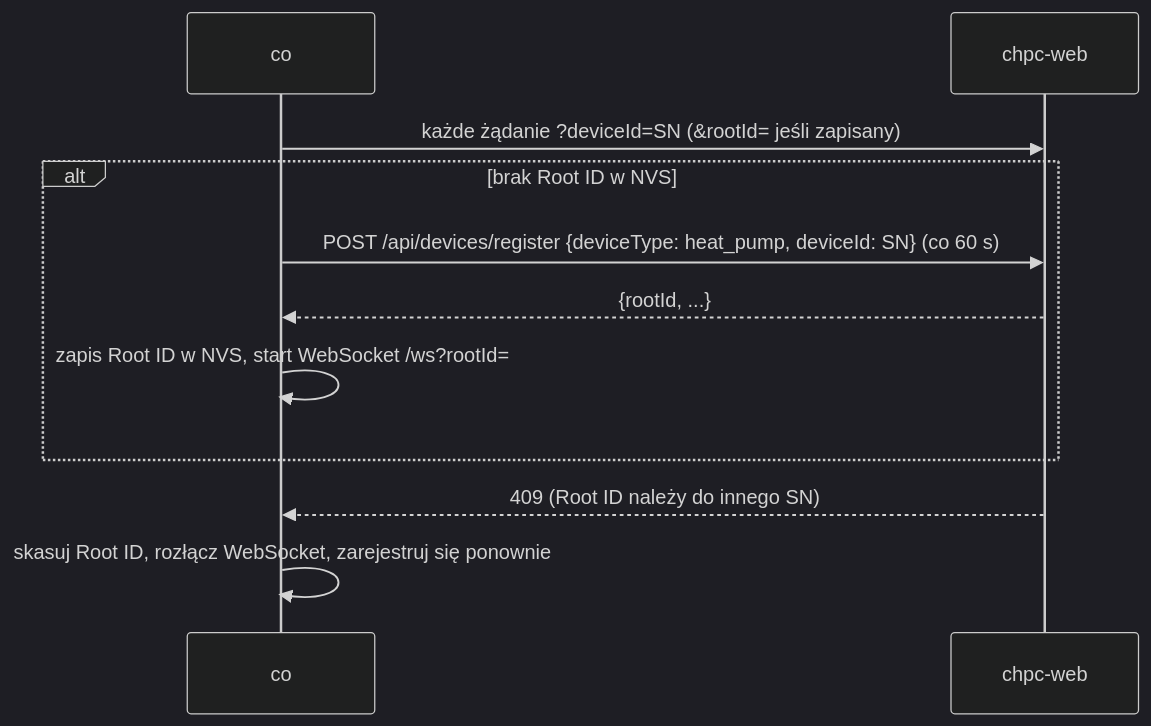
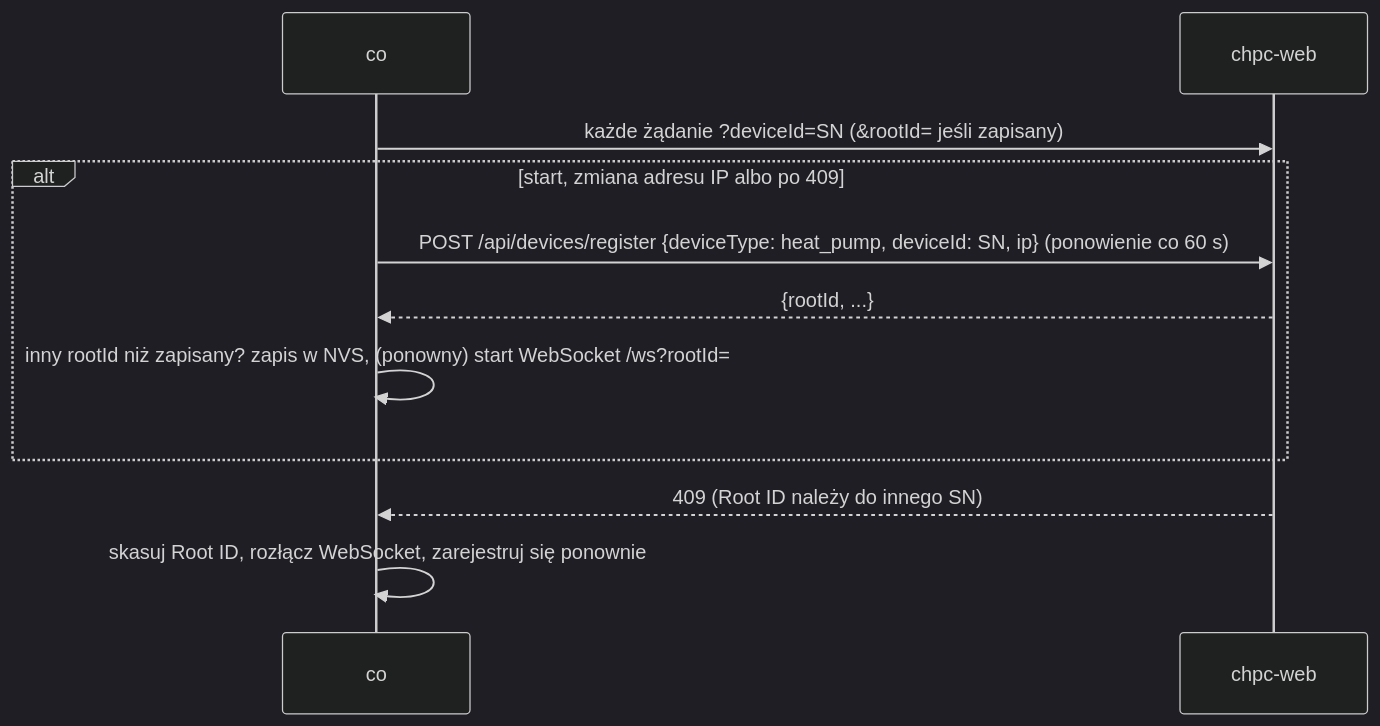
The sixth of 6 diagrams in devices/co/docs/2-zasada-dzialania.md (robertorlowski/chpc-web), drawn with Mermaid (dark theme) before and after one commit. The commit also changed other lines of this file and 30 other files, not shown here.

````diff
--- a/devices/co/docs/2-zasada-dzialania.md
+++ b/devices/co/docs/2-zasada-dzialania.md
@@ -137,13 +137,13 @@
 ```mermaid
 sequenceDiagram
     participant C as co
     participant S as chpc-web
     C->>S: każde żądanie ?deviceId=SN (&rootId= jeśli zapisany)
-    alt brak Root ID w NVS
-        C->>S: POST /api/devices/register {deviceType: heat_pump, deviceId: SN} (co 60 s)
+    alt start, zmiana adresu IP albo po 409
+        C->>S: POST /api/devices/register {deviceType: heat_pump, deviceId: SN, ip} (ponowienie co 60 s)
         S-->>C: {rootId, ...}
-        C->>C: zapis Root ID w NVS, start WebSocket /ws?rootId=
+        C->>C: inny rootId niż zapisany? zapis w NVS, (ponowny) start WebSocket /ws?rootId=
     end
     S-->>C: 409 (Root ID należy do innego SN)
     C->>C: skasuj Root ID, rozłącz WebSocket, zarejestruj się ponownie
 ```
````
